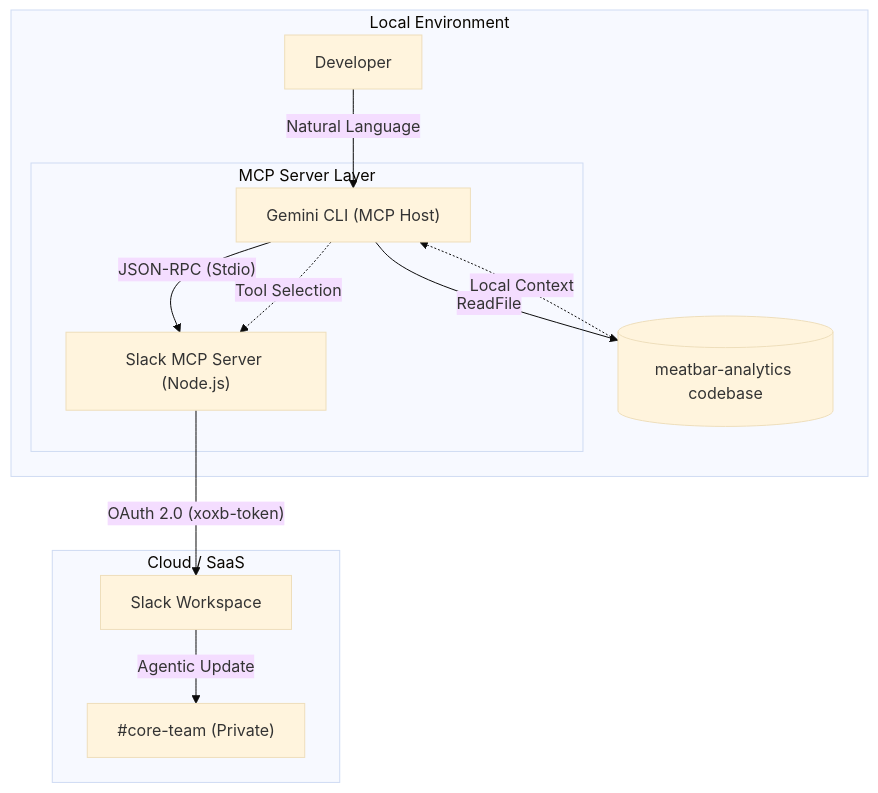
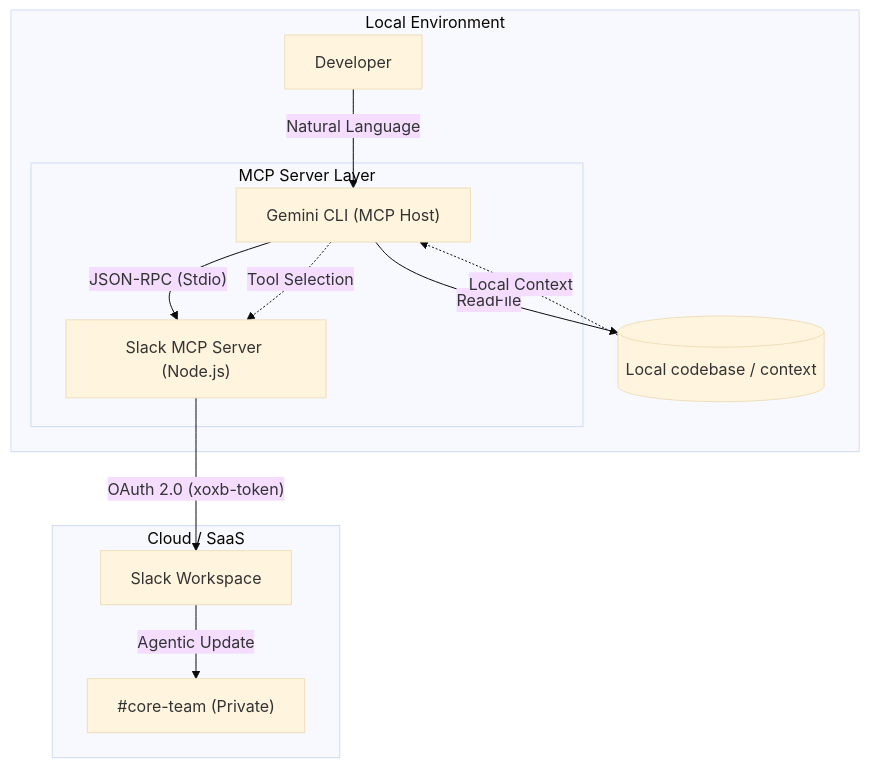
One commit to utkarshmehta/SuperServiceGPT changed the diagram in README.md. Above: the diagram before and after it, drawn with Mermaid (base theme). The commit also changed other lines of this file, not shown here.

````diff
--- a/README.md
+++ b/README.md
@@ -27,20 +39,19 @@
 ```mermaid
 graph TD
     subgraph "Local Environment"
         User[Developer] -- "Natural Language" --> Host["Gemini CLI (MCP Host)"]
-        Host -- "ReadFile" --> FS[("meatbar-analytics codebase")]
+        Host -- "ReadFile" --> FS[("Local codebase / context")]
         
         subgraph "MCP Server Layer"
             Host -- "JSON-RPC (Stdio)" --> SlackServer["Slack MCP Server (Node.js)"]
         end
     end
 
     subgraph "Cloud / SaaS"
         SlackServer -- "OAuth 2.0 (xoxb-token)" --> SlackAPI["Slack Workspace"]
         SlackAPI -- "Agentic Update" --> Channels["#core-team (Private)"]
     end
 
     FS -.->|Local Context| Host
     Host -.->|Tool Selection| SlackServer
-
 ```
````
